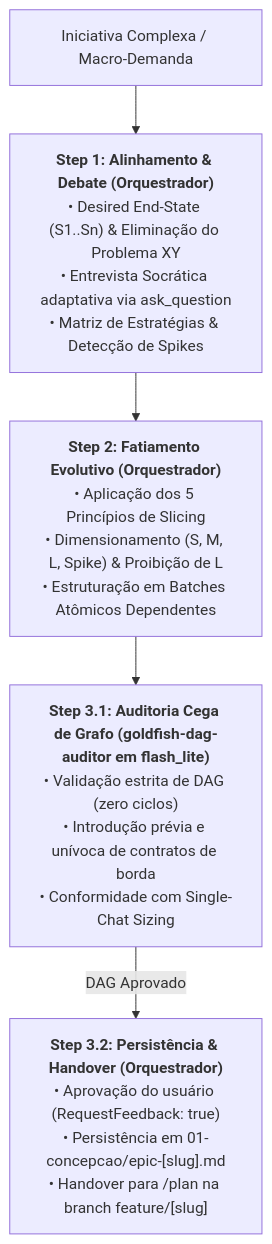
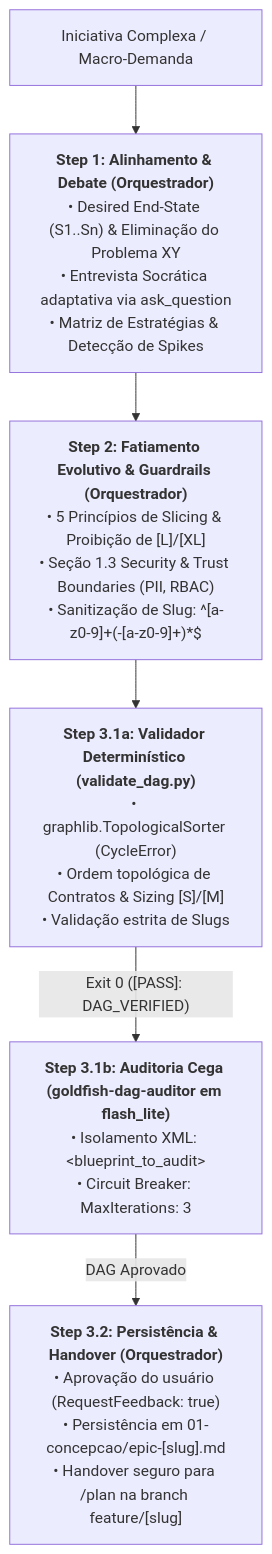
Before and after one commit to MarcosVeniciu/antigravity-agentic-skills: the first of 2 diagrams in doc/skills/decompose/README.md, drawn with Mermaid. The commit also changed other lines of this file and 71 other files, not shown here.

````diff
--- a/doc/skills/decompose/README.md
+++ b/doc/skills/decompose/README.md
@@ -25,7 +27,8 @@
 ```mermaid
 flowchart TD
     In["Iniciativa Complexa / Macro-Demanda"] --> S1["<b>Step 1: Alinhamento & Debate (Orquestrador)</b><br/>• Desired End-State (S1..Sn) & Eliminação do Problema XY<br/>• Entrevista Socrática adaptativa via ask_question<br/>• Matriz de Estratégias & Detecção de Spikes"]
-    S1 --> S2["<b>Step 2: Fatiamento Evolutivo (Orquestrador)</b><br/>• Aplicação dos 5 Princípios de Slicing<br/>• Dimensionamento (S, M, L, Spike) & Proibição de L<br/>• Estruturação em Batches Atômicos Dependentes"]
-    S2 --> S3["<b>Step 3.1: Auditoria Cega de Grafo (goldfish-dag-auditor em flash_lite)</b><br/>• Validação estrita de DAG (zero ciclos)<br/>• Introdução prévia e unívoca de contratos de borda<br/>• Conformidade com Single-Chat Sizing"]
-    S3 -->|"DAG Aprovado"| S4["<b>Step 3.2: Persistência & Handover (Orquestrador)</b><br/>• Aprovação do usuário (RequestFeedback: true)<br/>• Persistência em 01-concepcao/epic-[slug].md<br/>• Handover para /plan na branch feature/[slug]"]
+    S1 --> S2["<b>Step 2: Fatiamento Evolutivo & Guardrails (Orquestrador)</b><br/>• 5 Princípios de Slicing & Proibição de [L]/[XL]<br/>• Seção 1.3 Security & Trust Boundaries (PII, RBAC)<br/>• Sanitização de Slug: ^[a-z0-9]+(-[a-z0-9]+)*$"]
+    S2 --> V1["<b>Step 3.1a: Validador Determinístico (validate_dag.py)</b><br/>• graphlib.TopologicalSorter (CycleError)<br/>• Ordem topológica de Contratos & Sizing [S]/[M]<br/>• Validação estrita de Slugs"]
+    V1 -->|"Exit 0 ([PASS]: DAG_VERIFIED)"| S3["<b>Step 3.1b: Auditoria Cega (goldfish-dag-auditor em flash_lite)</b><br/>• Isolamento XML: &lt;blueprint_to_audit&gt;<br/>• Circuit Breaker: MaxIterations: 3"]
+    S3 -->|"DAG Aprovado"| S4["<b>Step 3.2: Persistência & Handover (Orquestrador)</b><br/>• Aprovação do usuário (RequestFeedback: true)<br/>• Persistência em 01-concepcao/epic-[slug].md<br/>• Handover seguro para /plan na branch feature/[slug]"]
 ```
````
